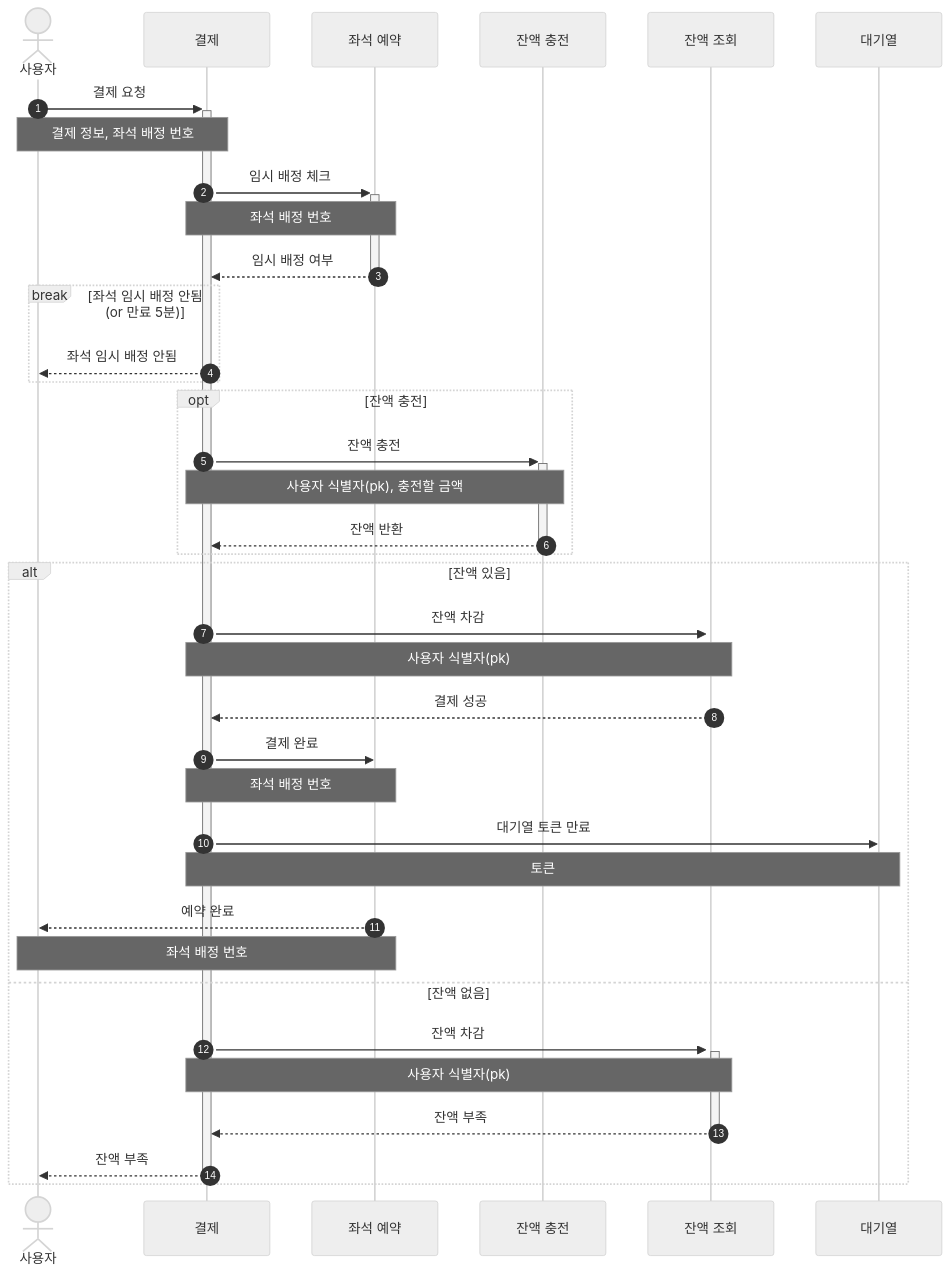
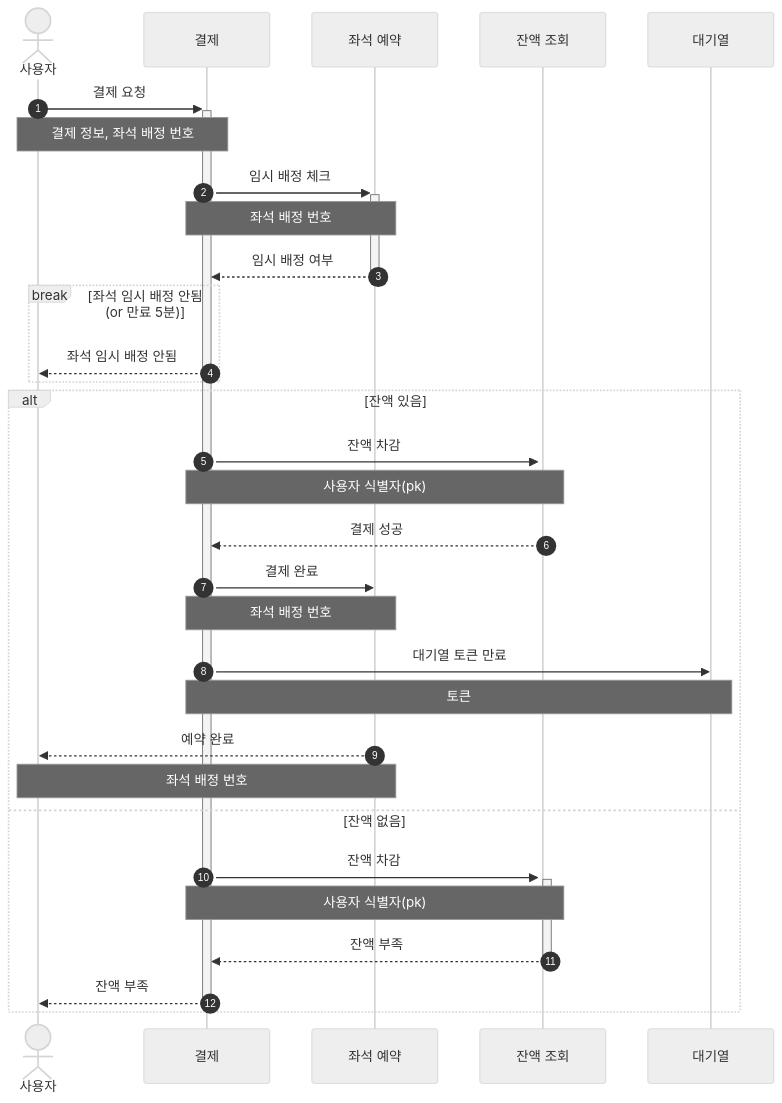
Before and after one commit to kdelay/Concert-Booking: the eighth of 8 diagrams in README.md, drawn with Mermaid (neutral theme). The commit also changed other lines of this file, not shown here.

Commit message:
docs: [#1] 토큰 발급, 대기열 검증, 결제 수정
- 토큰 발급 시 사용자 식별자(pk) 요청 데이터 추가
- 대기열 검증 break 응답 변경
- 결제 API 잔액 충전 시퀀스 제거

````diff
--- a/README.md
+++ b/README.md
@@ -171,38 +171,32 @@
 ```mermaid
 sequenceDiagram
     autonumber
     actor 사용자
     
     사용자 ->>+ 결제: 결제 요청
     Note over 사용자, 결제: 결제 정보, 좌석 배정 번호
     결제 ->>+ 좌석 예약: 임시 배정 체크
     Note over 결제, 좌석 예약: 좌석 배정 번호
     좌석 예약 -->>- 결제: 임시 배정 여부
     
     break 좌석 임시 배정 안됨 (or 만료 5분)
         결제 -->> 사용자: 좌석 임시 배정 안됨
-    end
-    
-    opt 잔액 충전
-      결제 ->>+ 잔액 충전: 잔액 충전
-      Note over 결제, 잔액 충전: 사용자 식별자(pk), 충전할 금액
-      잔액 충전 -->>- 결제: 잔액 반환
     end
     
     alt 잔액 있음
         결제 ->>+ 잔액 조회: 잔액 차감
         Note over 결제, 잔액 조회: 사용자 식별자(pk)
         잔액 조회 -->> 결제: 결제 성공
         결제 ->> 좌석 예약: 결제 완료
         Note over 결제, 좌석 예약: 좌석 배정 번호
         결제 ->> 대기열: 대기열 토큰 만료
         Note over 결제, 대기열: 토큰
         좌석 예약 -->> 사용자: 예약 완료
         Note over 사용자, 좌석 예약: 좌석 배정 번호
     else 잔액 없음
         결제 ->>+ 잔액 조회: 잔액 차감
         Note over 결제, 잔액 조회: 사용자 식별자(pk)
         잔액 조회 -->>- 결제: 잔액 부족
         결제 -->>- 사용자: 잔액 부족
     end
 ```
````
